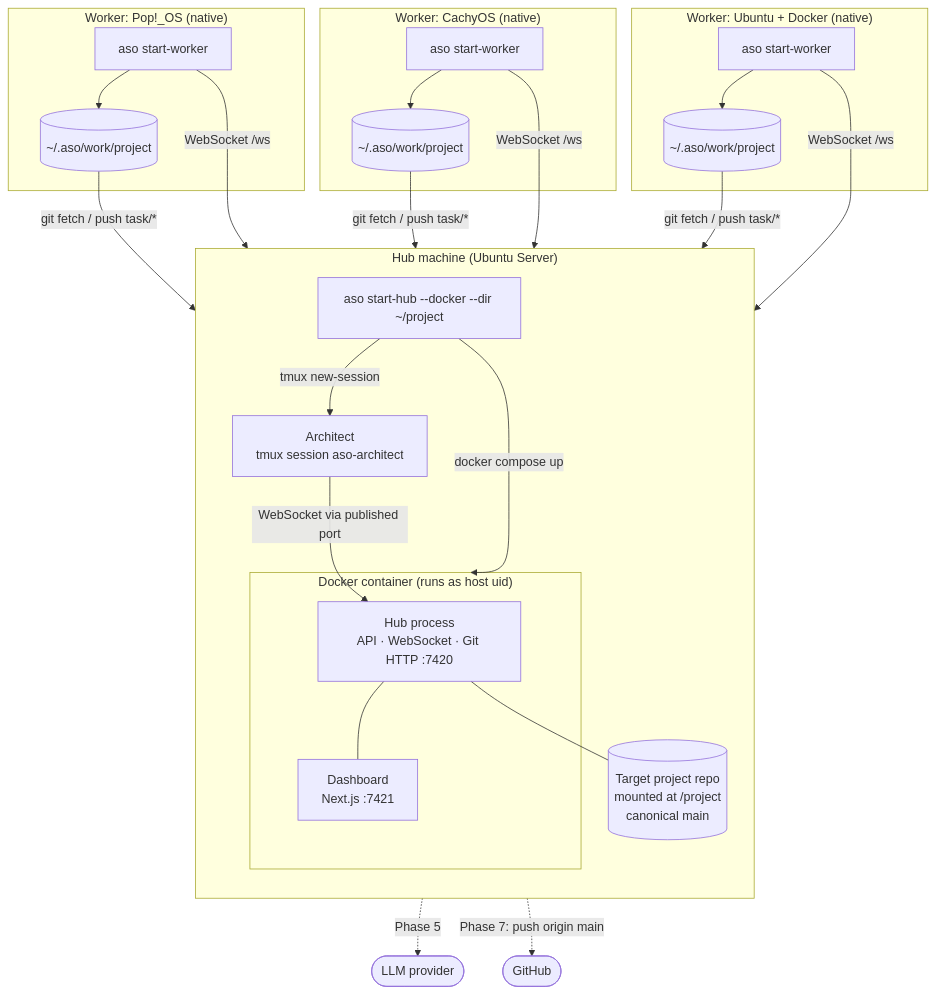
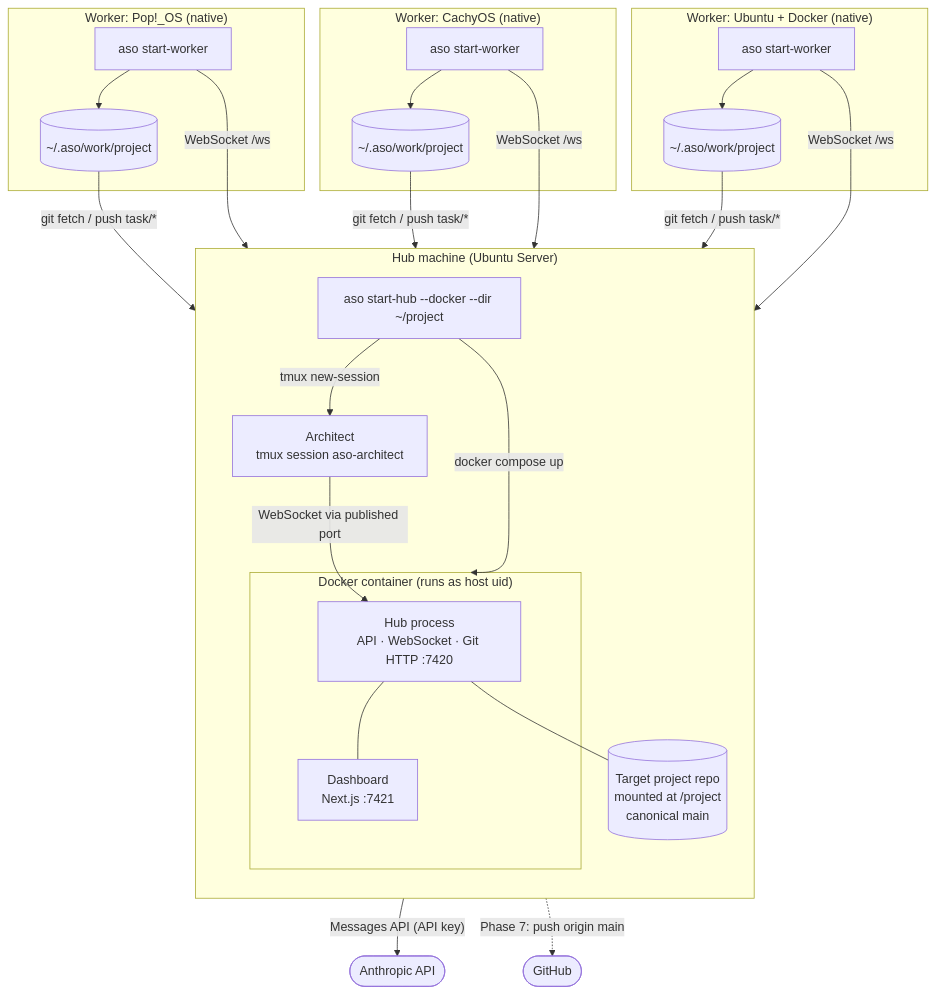
Before and after one commit to Sys64k/ai-swarm-orchestrator: the first of 11 diagrams in ARCHITECTURE.md, drawn with Mermaid. The commit also changed other lines of this file and 33 other files, not shown here.

````diff
--- a/ARCHITECTURE.md
+++ b/ARCHITECTURE.md
@@ -38,37 +38,37 @@
 ```mermaid
 flowchart TB
   subgraph HUBM["Hub machine (Ubuntu Server)"]
     direction TB
     CLIH["aso start-hub --docker --dir ~/project"]
     subgraph CTR["Docker container (runs as host uid)"]
       HUB["Hub process<br/>API · WebSocket · Git HTTP :7420"]
       DASH["Dashboard<br/>Next.js :7421"]
       HUB --- DASH
     end
     ARCH["Architect<br/>tmux session aso-architect"]
     REPO[("Target project repo<br/>mounted at /project<br/>canonical main")]
     CLIH -- "docker compose up" --> CTR
     CLIH -- "tmux new-session" --> ARCH
     HUB --- REPO
     ARCH -- "WebSocket via published port" --> HUB
   end
 
   subgraph W1["Worker: Pop!_OS (native)"]
     WA["aso start-worker"] --> WA_CO[("~/.aso/work/project")]
   end
   subgraph W2["Worker: CachyOS (native)"]
     WB["aso start-worker"] --> WB_CO[("~/.aso/work/project")]
   end
   subgraph W3["Worker: Ubuntu + Docker (native)"]
     WC["aso start-worker"] --> WC_CO[("~/.aso/work/project")]
   end
 
   WA -- "WebSocket /ws" --> HUB
   WB -- "WebSocket /ws" --> HUB
   WC -- "WebSocket /ws" --> HUB
   WA_CO -- "git fetch / push task/*" --> HUB
   WB_CO -- "git fetch / push task/*" --> HUB
   WC_CO -- "git fetch / push task/*" --> HUB
-  HUB -. "Phase 5" .-> EXT(["LLM provider"])
+  HUB -- "Messages API (API key)" --> EXT(["Anthropic API"])
   REPO -. "Phase 7: push origin main" .-> GH(["GitHub"])
 ```
````
